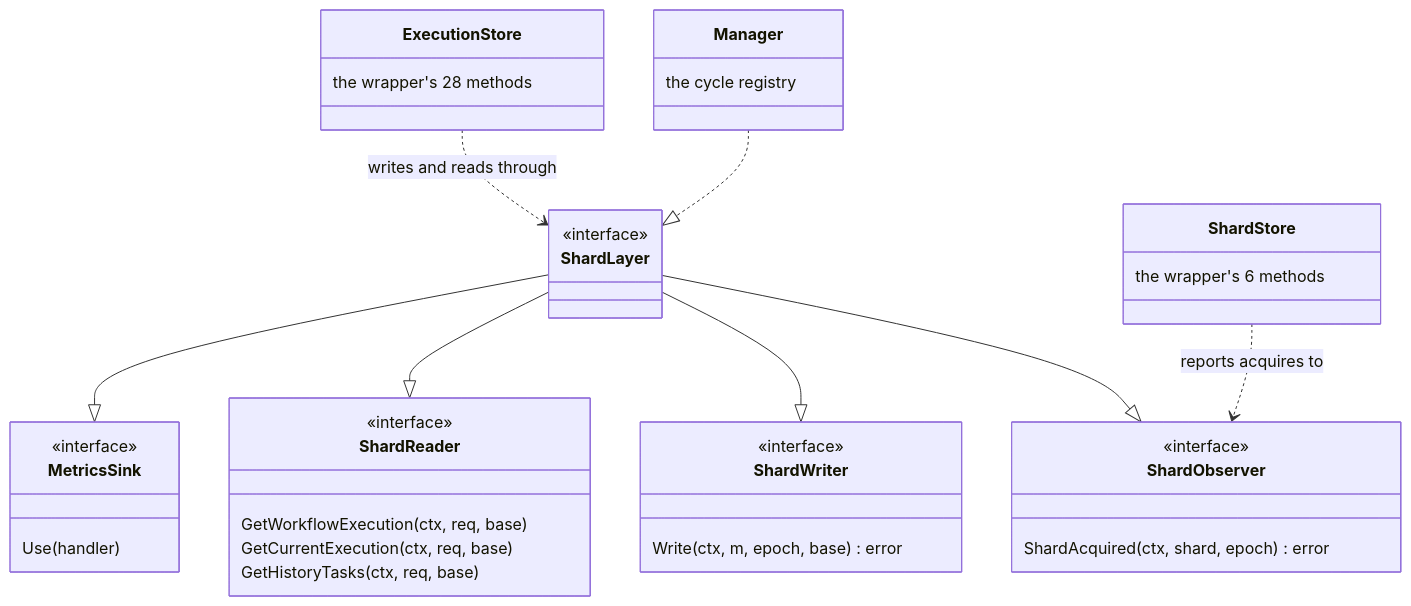
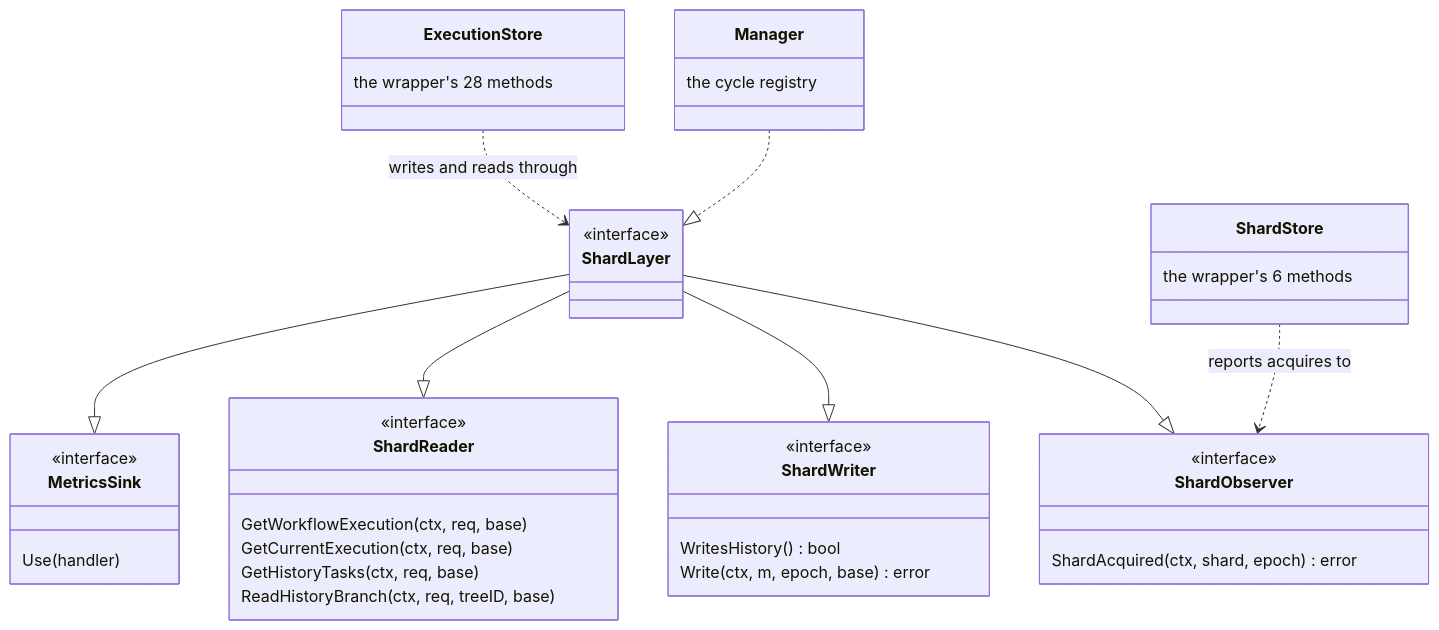
The first of 2 diagrams in docs/handbook/04-contracts.md (aromanovich/waltz), drawn with Mermaid before and after one commit. The commit also changed other lines of this file and 187 other files, not shown here.

First line of the commit message:
docs: the whole tree read for truth and coherence (#10)

````diff
--- a/docs/handbook/04-contracts.md
+++ b/docs/handbook/04-contracts.md
@@ -52,40 +36,42 @@
 ```mermaid
 classDiagram
   class ShardObserver {
     <<interface>>
     ShardAcquired(ctx, shard, epoch) error
   }
   class ShardWriter {
     <<interface>>
+    WritesHistory() bool
     Write(ctx, m, epoch, base) error
   }
   class ShardReader {
     <<interface>>
     GetWorkflowExecution(ctx, req, base)
     GetCurrentExecution(ctx, req, base)
     GetHistoryTasks(ctx, req, base)
+    ReadHistoryBranch(ctx, req, treeID, base)
   }
   class MetricsSink {
     <<interface>>
     Use(handler)
   }
   class ShardLayer {
     <<interface>>
   }
   class Manager {
     the cycle registry
   }
   class ExecutionStore {
     the wrapper's 28 methods
   }
   class ShardStore {
     the wrapper's 6 methods
   }
   ShardLayer --|> ShardObserver
   ShardLayer --|> ShardWriter
   ShardLayer --|> ShardReader
   ShardLayer --|> MetricsSink
   Manager ..|> ShardLayer
   ExecutionStore ..> ShardLayer : writes and reads through
   ShardStore ..> ShardObserver : reports acquires to
 ```
````
